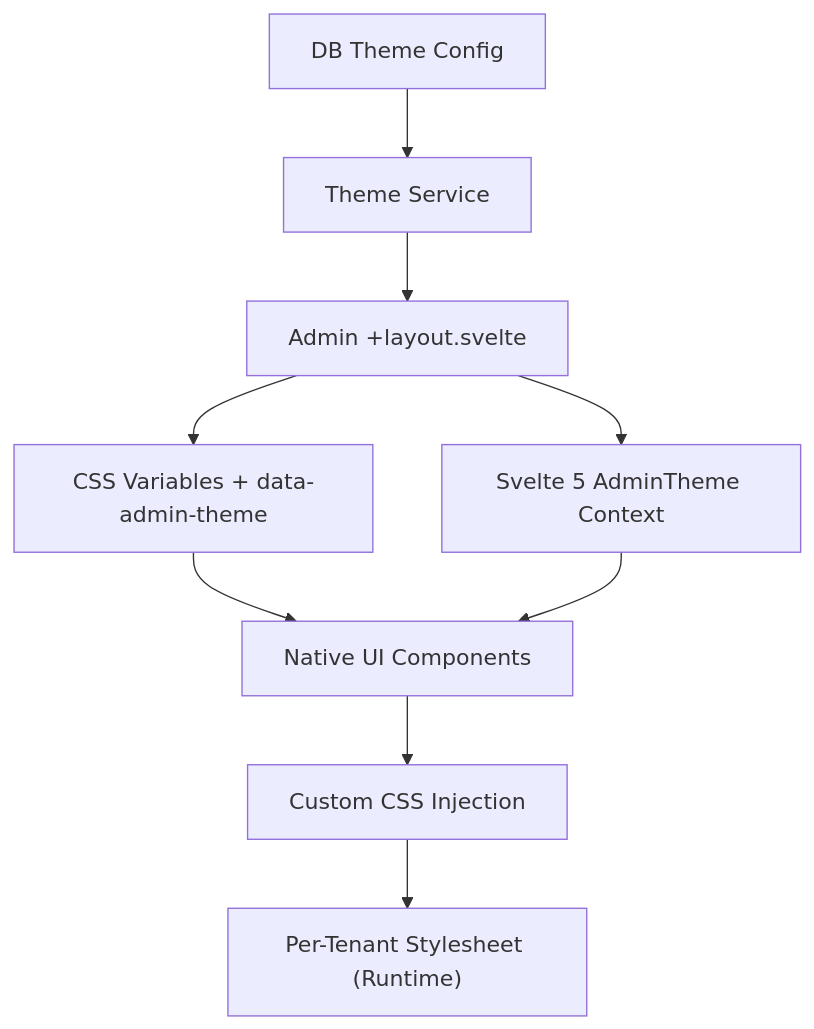
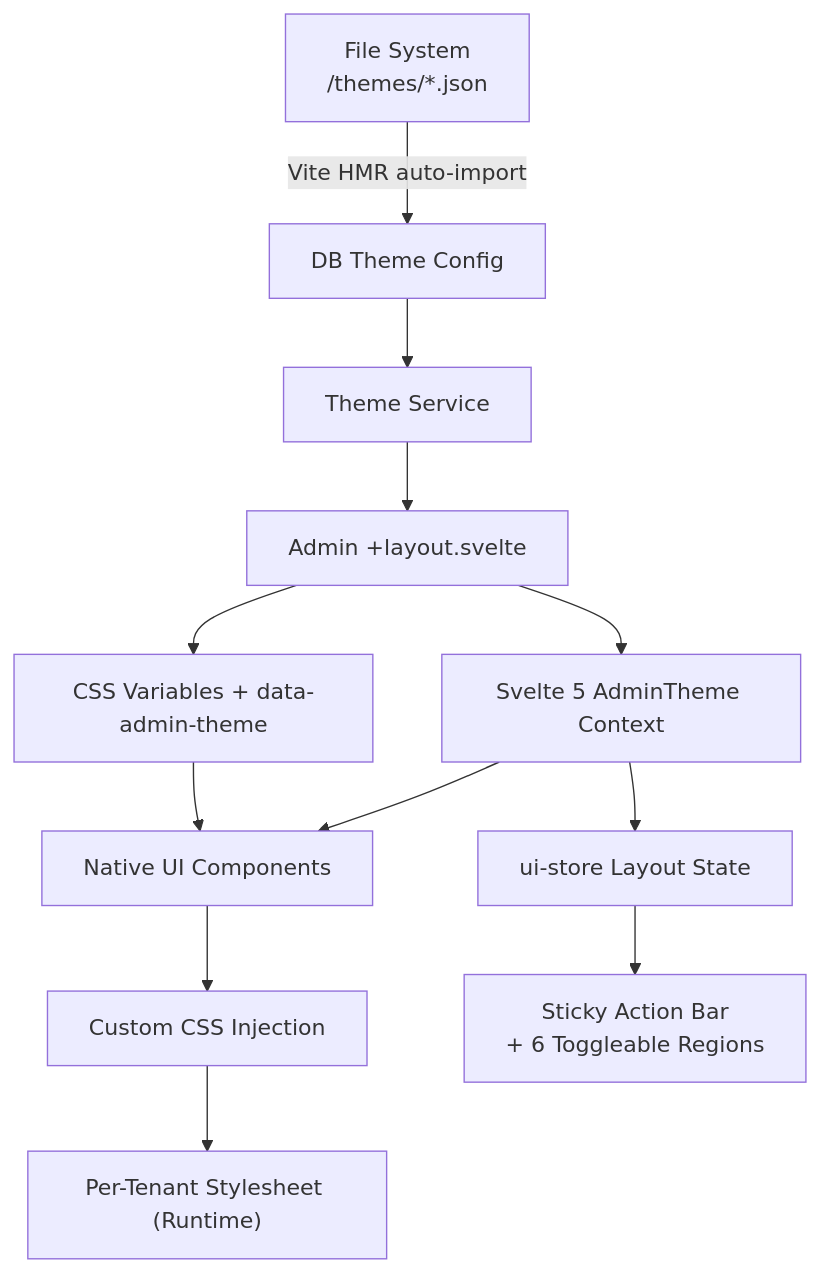
One commit to SveltyCMS/SveltyCMS changed the diagram in docs/project/admin-theme-plan.mdx. Above: the diagram before and after it, drawn with Mermaid. The commit also changed other lines of this file and 35 other files, not shown here.

First line of the commit message:
feat: implement admin theme system with LocalCMS SDK integration

````diff
--- a/docs/project/admin-theme-plan.mdx
+++ b/docs/project/admin-theme-plan.mdx
@@ -45,11 +45,14 @@
 ```mermaid
 graph TD
-    A[DB Theme Config] --> B[Theme Service]
-    B --> C["Admin +layout.svelte"]
-    C --> D["CSS Variables + data-admin-theme"]
-    C --> E[Svelte 5 AdminTheme Context]
-    D --> F[Native UI Components]
-    E --> F
-    F --> G[Custom CSS Injection]
-    G --> H["Per-Tenant Stylesheet (Runtime)"]
+    A["File System<br/>/themes/*.json"] -->|"Vite HMR auto-import"| B[DB Theme Config]
+    B --> C[Theme Service]
+    C --> D["Admin +layout.svelte"]
+    D --> E["CSS Variables + data-admin-theme"]
+    D --> F[Svelte 5 AdminTheme Context]
+    E --> G[Native UI Components]
+    F --> G
+    F --> H[ui-store Layout State]
+    H --> I["Sticky Action Bar<br/>+ 6 Toggleable Regions"]
+    G --> J[Custom CSS Injection]
+    J --> K["Per-Tenant Stylesheet (Runtime)"]
 ```
````
